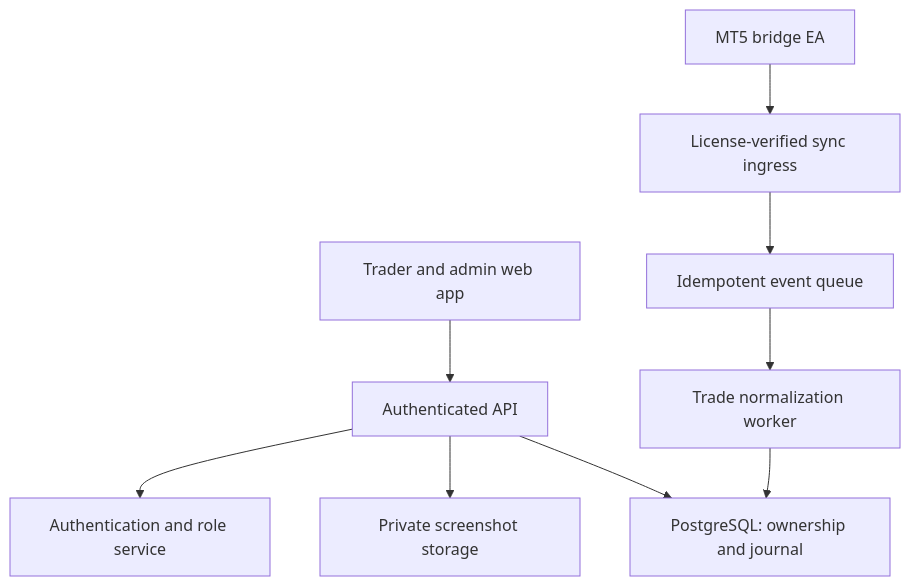
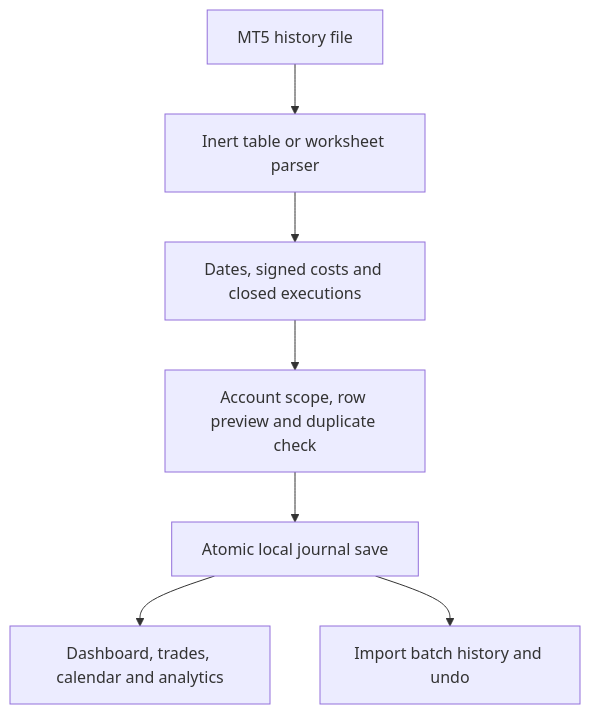
One commit to anasayub80/market-structure-journal changed the diagram in README.md. Above: the diagram before and after it, drawn with Mermaid. The commit also changed other lines of this file and 20 other files, not shown here.

Commit message:
Complete local MT5 history imports with HTML/XML/XLSX/CSV parsing, preview, scoped accounts, duplicate checks, batch undo and backups

````diff
--- a/README.md
+++ b/README.md
@@ -204,11 +67,9 @@
 ```mermaid
 flowchart TD
-    UI["Trader and admin web app"] --> API["Authenticated API"]
-    API --> DB["PostgreSQL: ownership and journal"]
-    API --> OBJ["Private screenshot storage"]
-    MT5["MT5 bridge EA"] --> INGEST["License-verified sync ingress"]
-    INGEST --> QUEUE["Idempotent event queue"]
-    QUEUE --> WORKER["Trade normalization worker"]
-    WORKER --> DB
-    API --> AUTH["Authentication and role service"]
+    FILE["MT5 history file"] --> PARSE["Inert table or worksheet parser"]
+    PARSE --> NORMALIZE["Dates, signed costs and closed executions"]
+    NORMALIZE --> REVIEW["Account scope, row preview and duplicate check"]
+    REVIEW --> SAVE["Atomic local journal save"]
+    SAVE --> VIEWS["Dashboard, trades, calendar and analytics"]
+    SAVE --> LOG["Import batch history and undo"]
 ```
````
